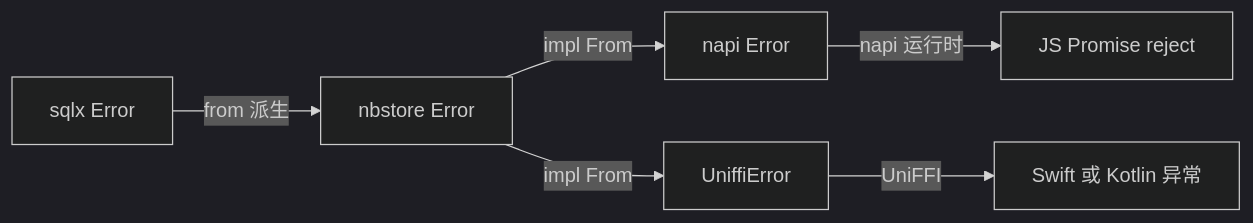
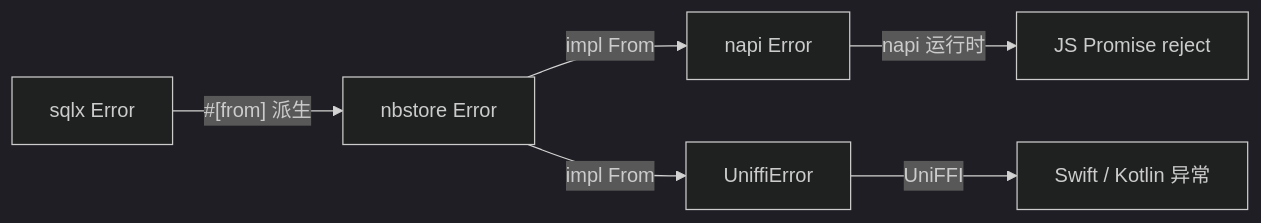
Before and after one commit to lfire/AFFiNE: the third of 5 diagrams in learning-guide/slides/decks/07.md, drawn with Mermaid (dark theme). The commit also changed other lines of this file and 46 other files, not shown here.

````diff
--- a/learning-guide/slides/decks/07.md
+++ b/learning-guide/slides/decks/07.md
@@ -237,8 +231,8 @@
 ```mermaid
 flowchart LR
-  A["sqlx Error"] -->|from 派生| B["nbstore Error"]
+  A["sqlx Error"] -->|"#[from] 派生"| B["nbstore Error"]
   B -->|impl From| C["napi Error"]
   C -->|napi 运行时| D["JS Promise reject"]
   B -->|impl From| E["UniffiError"]
-  E -->|UniFFI| F["Swift 或 Kotlin 异常"]
+  E -->|UniFFI| F["Swift / Kotlin 异常"]
 ```
````
